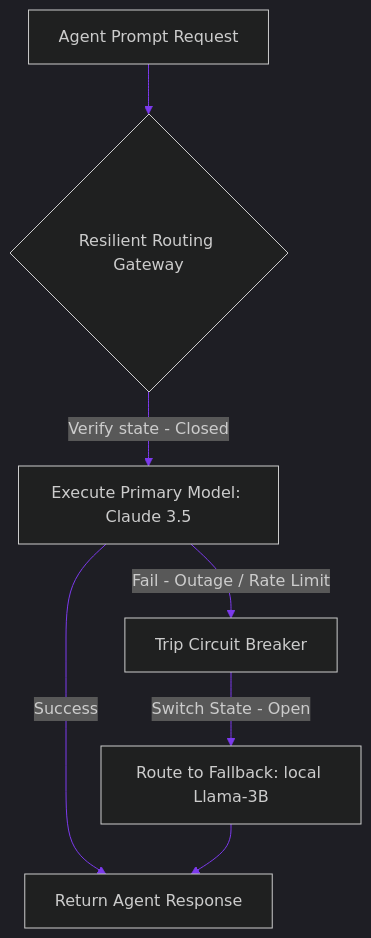
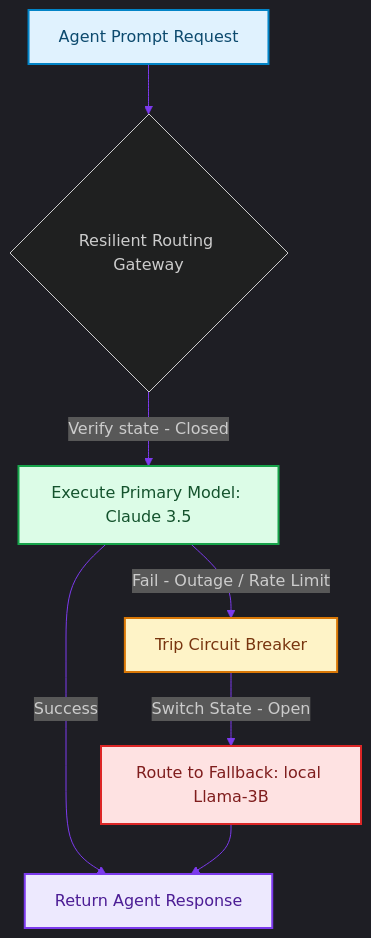
One commit to akmalkhaniub/akmalkhaniub.github.io changed the diagram in blog/posts/routing-topology-litellm-routellm-optimizers.md. Above: the diagram before and after it, drawn with Mermaid. The commit also changed other lines of this file and 1291 other files, not shown here.

First line of the commit message:
feat(catalog): unique covers, scholarly references, and diagram palettes

````diff
--- a/blog/posts/routing-topology-litellm-routellm-optimizers.md
+++ b/blog/posts/routing-topology-litellm-routellm-optimizers.md
@@ -16,13 +16,24 @@
 ```mermaid
 %%{init: {'theme': 'dark', 'themeVariables': { 'primaryColor': '#7c3aed', 'primaryTextColor': '#f3f4f6', 'primaryBorderColor': '#a78bfa', 'lineColor': '#7c3aed', 'secondaryColor': '#111827', 'tertiaryColor': '#0b0f19'}}}%%
 flowchart TD
-    Request[Agent Prompt Request] --> Gateway{Resilient Routing Gateway}
+    Request["Agent Prompt Request"] --> Gateway{Resilient Routing Gateway}
     
-    Gateway -->|Verify state - Closed| CallPrimary[Execute Primary Model: Claude 3.5]
+    Gateway -->|Verify state - Closed| CallPrimary["Execute Primary Model: Claude 3.5"]
     
-    CallPrimary -->|Success| Return[Return Agent Response]
-    CallPrimary -->|Fail - Outage / Rate Limit| Trip[Trip Circuit Breaker]
+    CallPrimary -->|Success| Return["Return Agent Response"]
+    CallPrimary -->|Fail - Outage / Rate Limit| Trip["Trip Circuit Breaker"]
     
-    Trip -->|Switch State - Open| RouteFallback[Route to Fallback: local Llama-3B]
+    Trip -->|Switch State - Open| RouteFallback["Route to Fallback: local Llama-3B"]
     RouteFallback --> Return
+
+classDef green fill:#dcfce7,stroke:#16a34a,stroke-width:2px,color:#14532d;
+classDef red fill:#fee2e2,stroke:#dc2626,stroke-width:2px,color:#7f1d1d;
+classDef blue fill:#e0f2fe,stroke:#0284c7,stroke-width:2px,color:#0c4a6e;
+classDef yellow fill:#fef3c7,stroke:#d97706,stroke-width:2px,color:#78350f;
+classDef purple fill:#ede9fe,stroke:#7c3aed,stroke-width:2px,color:#4c1d95;
+class Request blue
+class CallPrimary green
+class Return purple
+class Trip yellow
+class RouteFallback red
 ```
````
